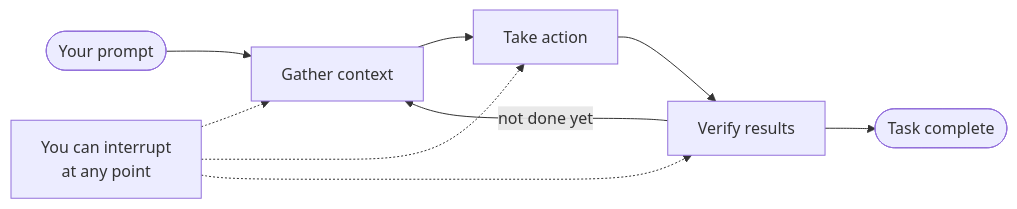
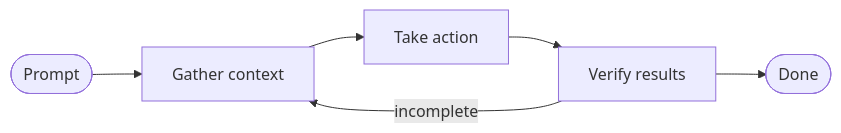
Before and after one commit to devops-monk/ai-blog: the third of 3 diagrams in content/posts/2026/cc-01-what-claude-code-is.md, drawn with Mermaid. The commit also changed other lines of this file and 3 other files, not shown here.

````diff
--- a/content/posts/2026/cc-01-what-claude-code-is.md
+++ b/content/posts/2026/cc-01-what-claude-code-is.md
@@ -68,11 +48,8 @@
 ```mermaid
 flowchart LR
-    P([Your prompt]) --> G[Gather context]
+    P([Prompt]) --> G[Gather context]
     G --> A[Take action]
     A --> V[Verify results]
-    V -->|not done yet| G
-    V --> D([Task complete])
-    You[You can interrupt<br/>at any point] -.-> G
-    You -.-> A
-    You -.-> V
+    V -->|incomplete| G
+    V --> D([Done])
 ```
````
